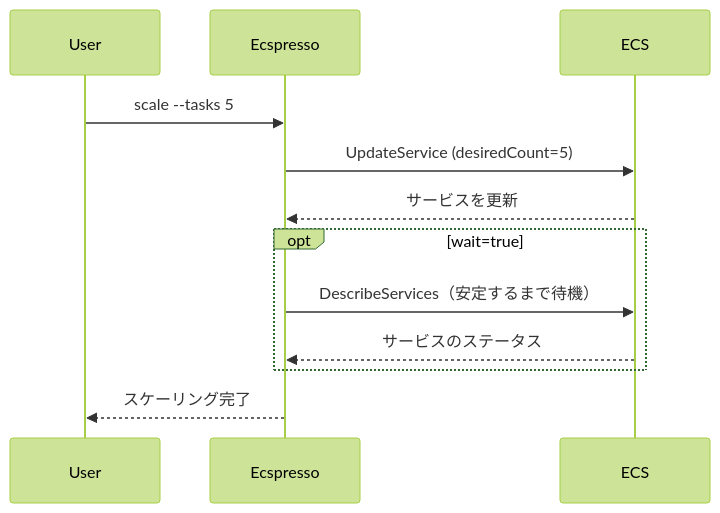
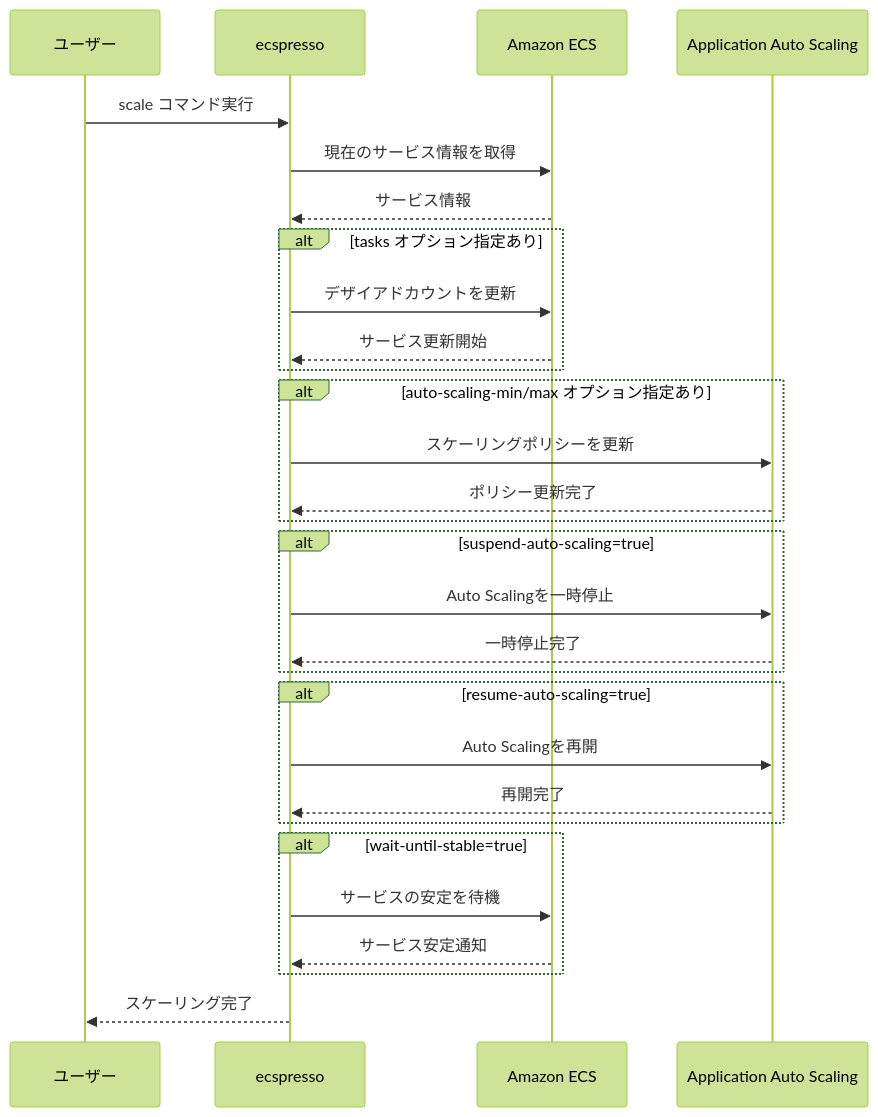
Before and after one commit to bufferings/devin-docs: the diagram in ecspresso/commands/scale.md, drawn with Mermaid (forest theme). The commit also changed other lines of this file and 31 other files, not shown here.

````diff
--- a/ecspresso/commands/scale.md
+++ b/ecspresso/commands/scale.md
@@ -52,15 +66,38 @@
 ```mermaid
 sequenceDiagram
-    participant User
-    participant Ecspresso
-    participant ECS
+    participant User as ユーザー
+    participant Ecspresso as ecspresso
+    participant ECS as Amazon ECS
+    participant AppAS as Application Auto Scaling
     
-    User->>Ecspresso: scale --tasks 5
-    Ecspresso->>ECS: UpdateService (desiredCount=5)
-    ECS-->>Ecspresso: サービスを更新
-    opt wait=true
-        Ecspresso->>ECS: DescribeServices（安定するまで待機）
-        ECS-->>Ecspresso: サービスのステータス
+    User->>Ecspresso: scale コマンド実行
+    Ecspresso->>ECS: 現在のサービス情報を取得
+    ECS-->>Ecspresso: サービス情報
+    
+    alt tasks オプション指定あり
+        Ecspresso->>ECS: デザイアドカウントを更新
+        ECS-->>Ecspresso: サービス更新開始
     end
+    
+    alt auto-scaling-min/max オプション指定あり
+        Ecspresso->>AppAS: スケーリングポリシーを更新
+        AppAS-->>Ecspresso: ポリシー更新完了
+    end
+    
+    alt suspend-auto-scaling=true
+        Ecspresso->>AppAS: Auto Scalingを一時停止
+        AppAS-->>Ecspresso: 一時停止完了
+    end
+    
+    alt resume-auto-scaling=true
+        Ecspresso->>AppAS: Auto Scalingを再開
+        AppAS-->>Ecspresso: 再開完了
+    end
+    
+    alt wait-until-stable=true
+        Ecspresso->>ECS: サービスの安定を待機
+        ECS-->>Ecspresso: サービス安定通知
+    end
+    
     Ecspresso-->>User: スケーリング完了
 ```
````
